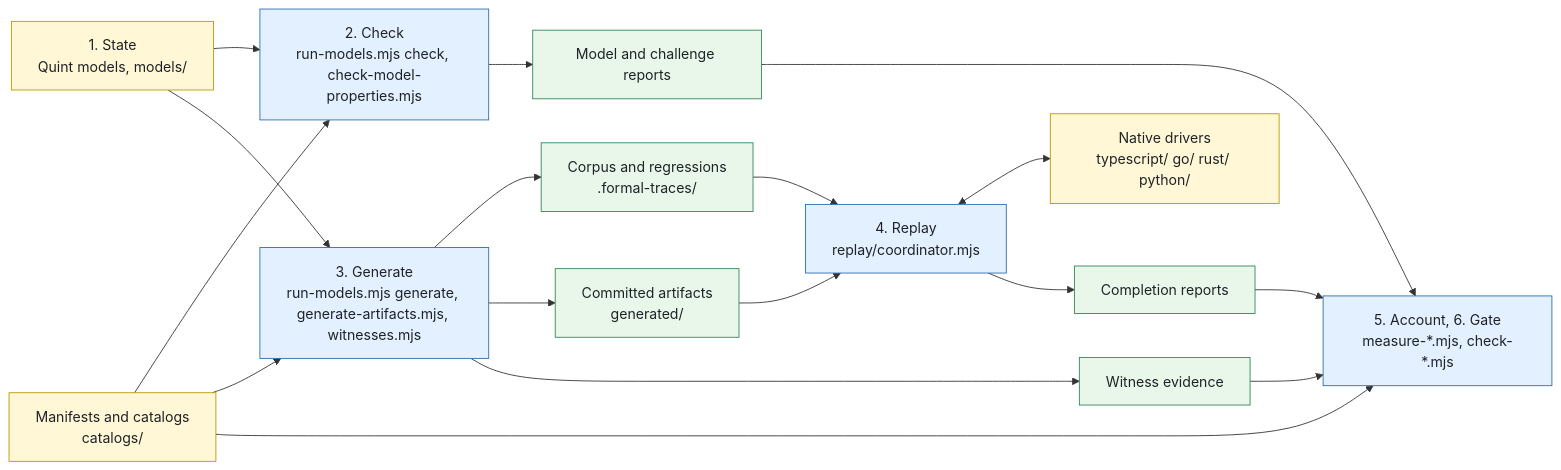
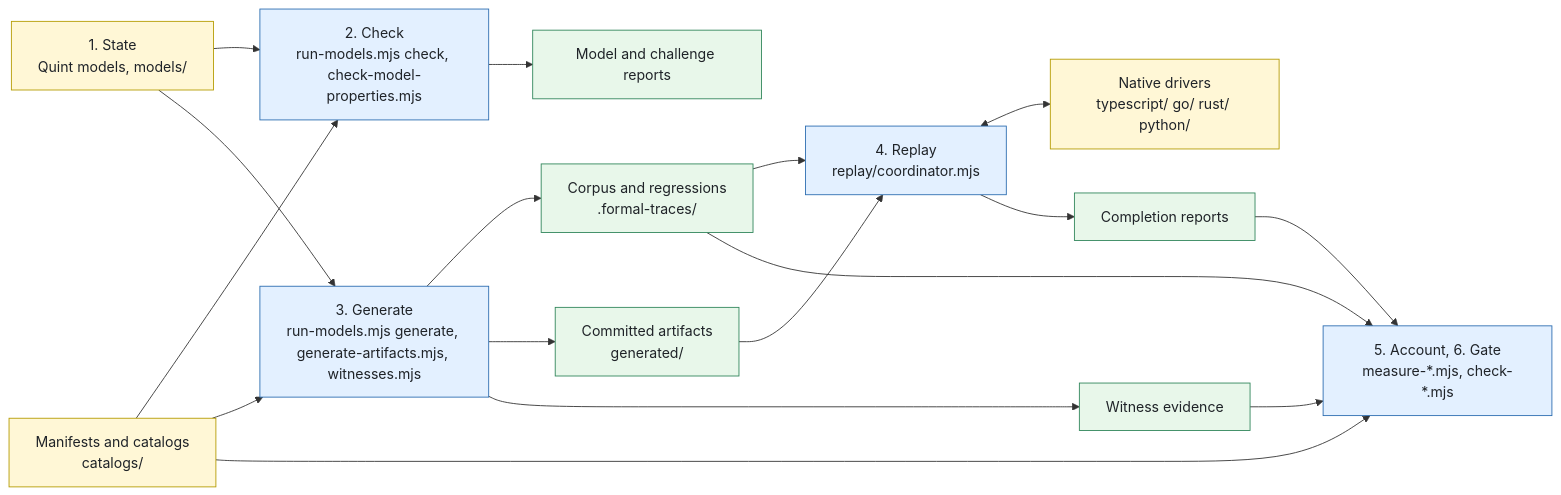
Before and after one commit to lan17/DialCache: the first of 2 diagrams in formal/README.md, drawn with Mermaid. The commit also changed other lines of this file and 4 other files, not shown here.

````diff
--- a/formal/README.md
+++ b/formal/README.md
@@ -37,27 +37,28 @@
 ```mermaid
 flowchart LR
   M["1. State<br/>Quint models, models/"]:::hand
   X["Manifests and catalogs<br/>catalogs/"]:::hand
   D["Native drivers<br/>typescript/ go/ rust/ python/"]:::hand
   RM["2. Check<br/>run-models.mjs check, check-model-properties.mjs"]:::tool
   GA["3. Generate<br/>run-models.mjs generate, generate-artifacts.mjs, witnesses.mjs"]:::tool
   CO["4. Replay<br/>replay/coordinator.mjs"]:::tool
   CK["5. Account, 6. Gate<br/>measure-*.mjs, check-*.mjs"]:::tool
   MR["Model and challenge reports"]:::out
   CP["Corpus and regressions<br/>.formal-traces/"]:::out
   GF["Committed artifacts<br/>generated/"]:::out
   WE["Witness evidence"]:::out
   RP["Completion reports"]:::out
-  M --> RM --> MR --> CK
+  M --> RM --> MR
   X --> RM
   M --> GA --> CP --> CO
   GA --> GF --> CO
   GA --> WE --> CK
   X --> GA
   CO <--> D
   CO --> RP --> CK
+  CP --> CK
   X --> CK
   classDef hand fill:#fff7d6,stroke:#b59b00,color:#1f2328
   classDef tool fill:#e3f0ff,stroke:#2b6cb0,color:#1f2328
   classDef out fill:#e8f7ea,stroke:#2f855a,color:#1f2328
 ```
````
